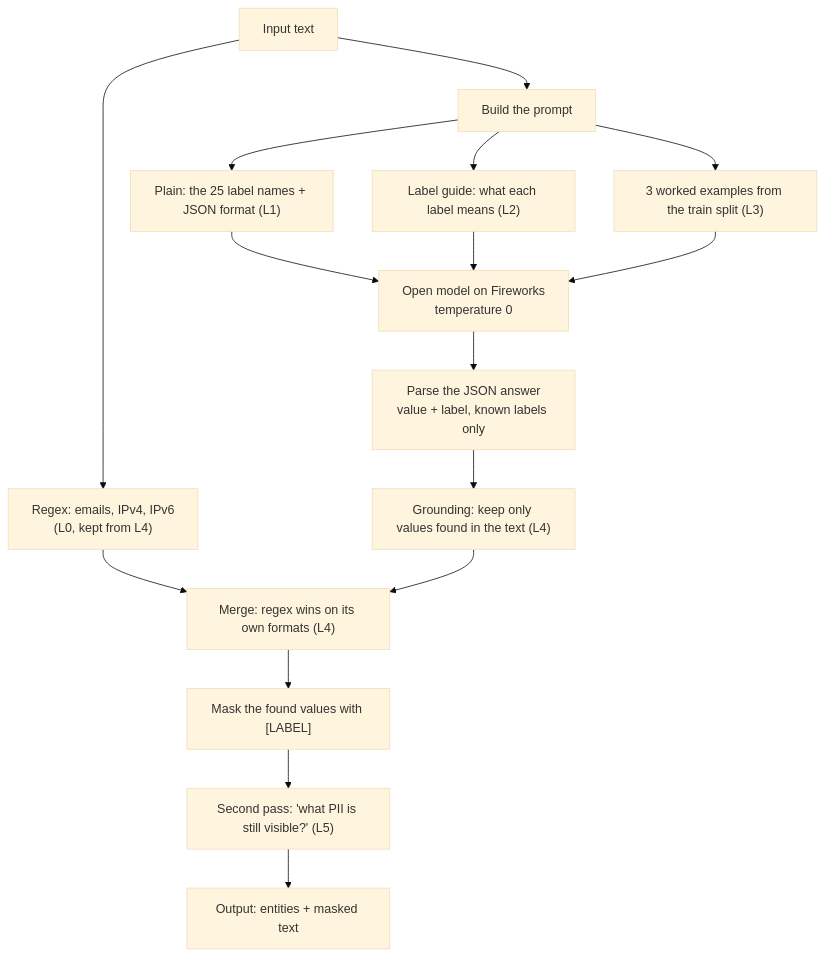
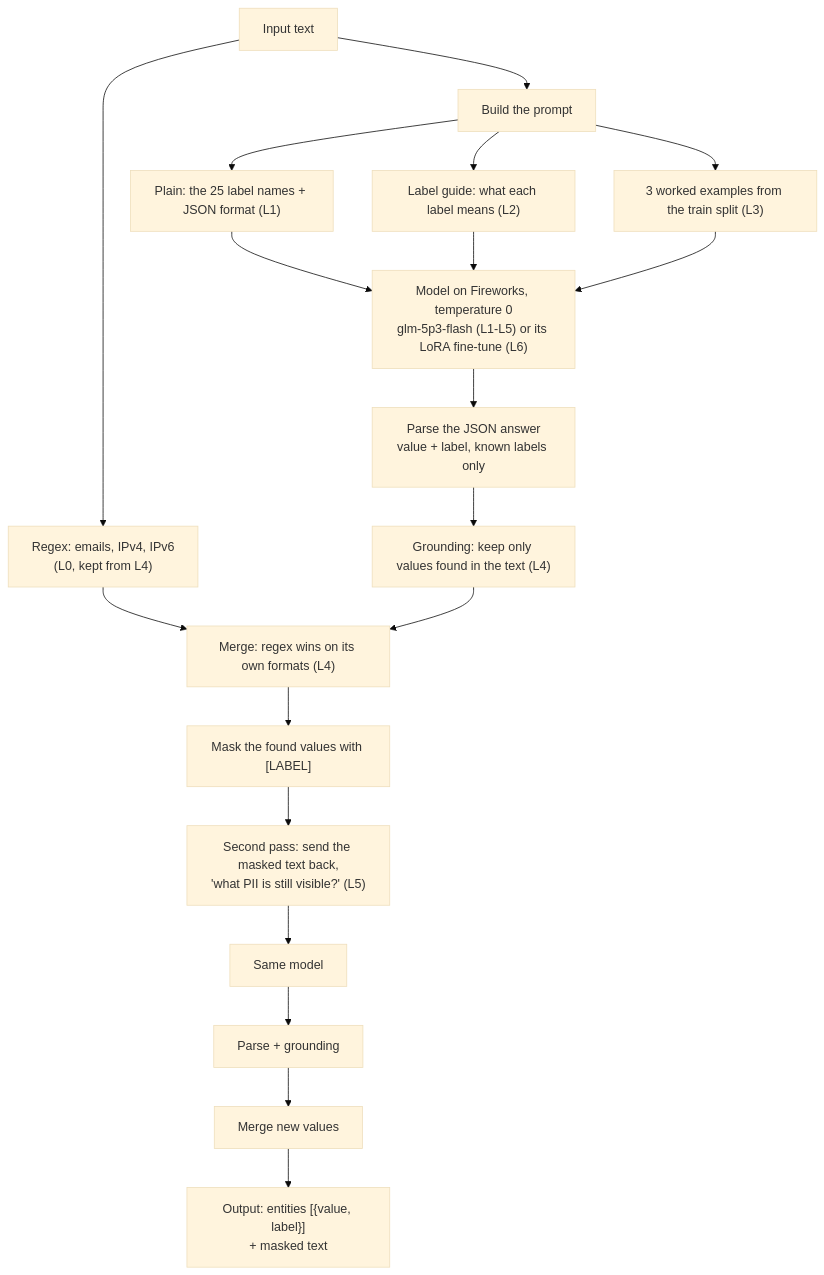
Before and after one commit to renantrendt/fireworks-anonymize: the second of 3 diagrams in README.md, drawn with Mermaid (base theme). The commit also changed other lines of this file and 15 other files, not shown here.

First line of the commit message:
README: one story from base model to LoRA fine-tune

````diff
--- a/README.md
+++ b/README.md
@@ -97,16 +98,17 @@
 ```mermaid
 flowchart TD
     IN["Input text"] --> RX["Regex: emails, IPv4, IPv6<br/>(L0, kept from L4)"]
     IN --> PR["Build the prompt"]
     PR --> P1["Plain: the 25 label names + JSON format (L1)"]
     PR --> P2["Label guide: what each label means (L2)"]
     PR --> P3["3 worked examples from the train split (L3)"]
-    P1 & P2 & P3 --> LLM["Open model on Fireworks<br/>temperature 0"]
+    P1 & P2 & P3 --> LLM["Model on Fireworks, temperature 0<br/>glm-5p3-flash (L1-L5) or its LoRA fine-tune (L6)"]
     LLM --> PARSE["Parse the JSON answer<br/>value + label, known labels only"]
     PARSE --> GR["Grounding: keep only values found in the text (L4)"]
     RX --> MERGE["Merge: regex wins on its own formats (L4)"]
     GR --> MERGE
     MERGE --> MASK1["Mask the found values with [LABEL]"]
-    MASK1 --> PASS2["Second pass: 'what PII is still visible?' (L5)"]
-    PASS2 --> OUT["Output: entities + masked text"]
+    MASK1 --> PASS2["Second pass: send the masked text back,<br/>'what PII is still visible?' (L5)"]
+    PASS2 --> LLM2["Same model"] --> GR2["Parse + grounding"] --> MERGE2["Merge new values"]
+    MERGE2 --> OUT["Output: entities [{value, label}]<br/>+ masked text"]
 ```
````
